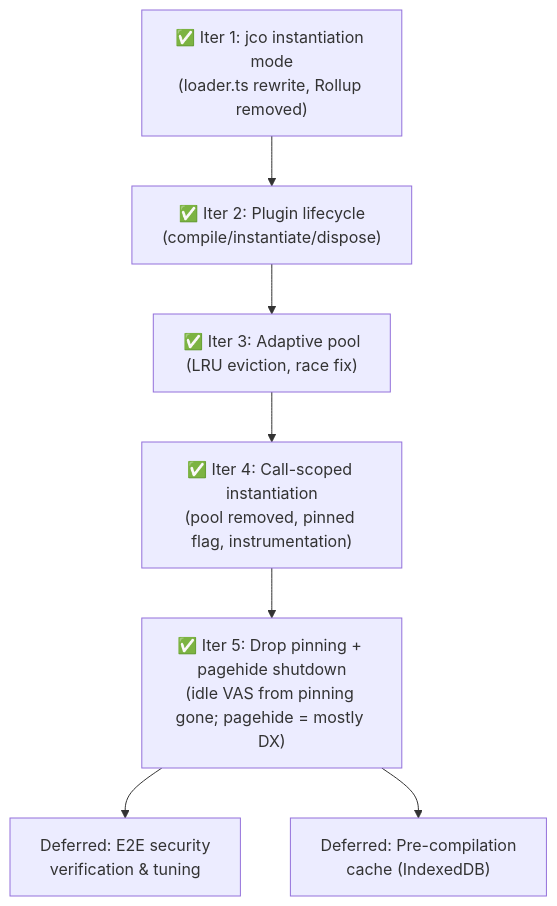
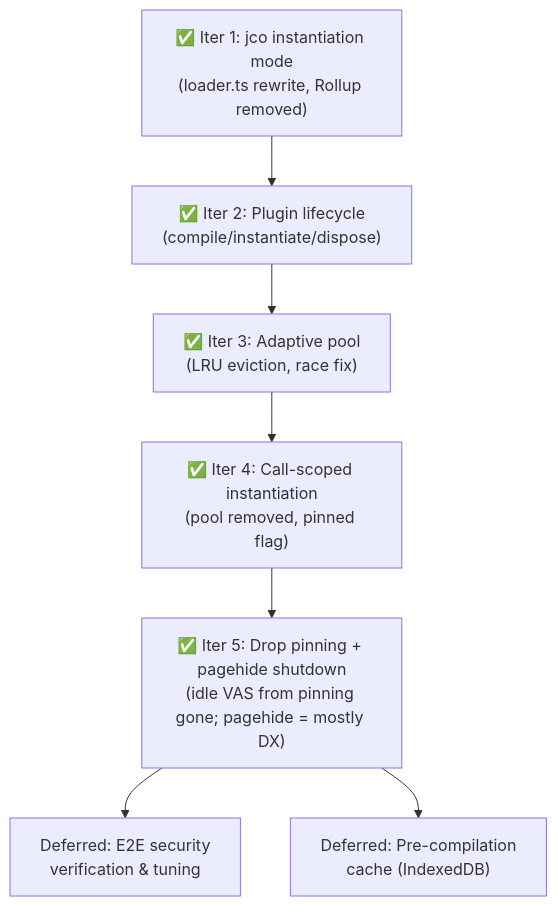
One commit to gofractally/psibase changed the second of 2 diagrams in wasm-plugin-memory-plan.md. Above: the diagram before and after it, drawn with Mermaid. The commit also changed other lines of this file and 8 other files, not shown here.

````diff
--- a/wasm-plugin-memory-plan.md
+++ b/wasm-plugin-memory-plan.md
@@ -266,9 +235,9 @@
 ```mermaid
 flowchart TD
     I1["✅ Iter 1: jco instantiation mode\n(loader.ts rewrite, Rollup removed)"] --> I2["✅ Iter 2: Plugin lifecycle\n(compile/instantiate/dispose)"]
     I2 --> I3["✅ Iter 3: Adaptive pool\n(LRU eviction, race fix)"]
-    I3 --> I4["✅ Iter 4: Call-scoped instantiation\n(pool removed, pinned flag, instrumentation)"]
+    I3 --> I4["✅ Iter 4: Call-scoped instantiation\n(pool removed, pinned flag)"]
     I4 --> I5["✅ Iter 5: Drop pinning + pagehide shutdown\n(idle VAS from pinning gone; pagehide = mostly DX)"]
     I5 --> D1["Deferred: E2E security\nverification & tuning"]
     I5 --> D2["Deferred: Pre-compilation\ncache (IndexedDB)"]
 ```
````
